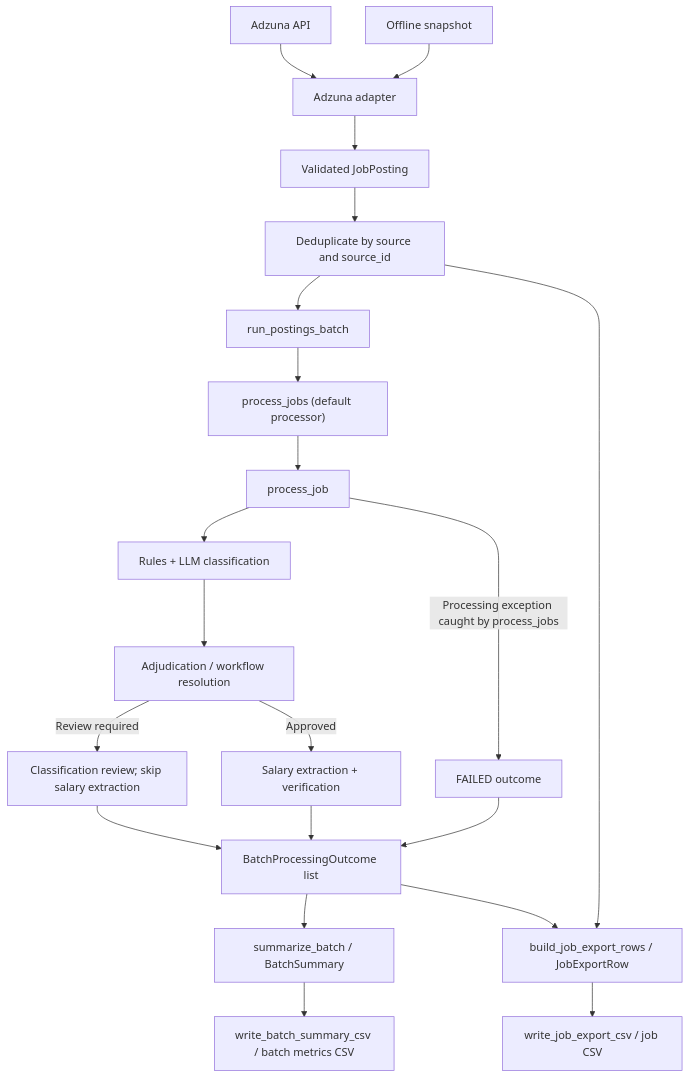
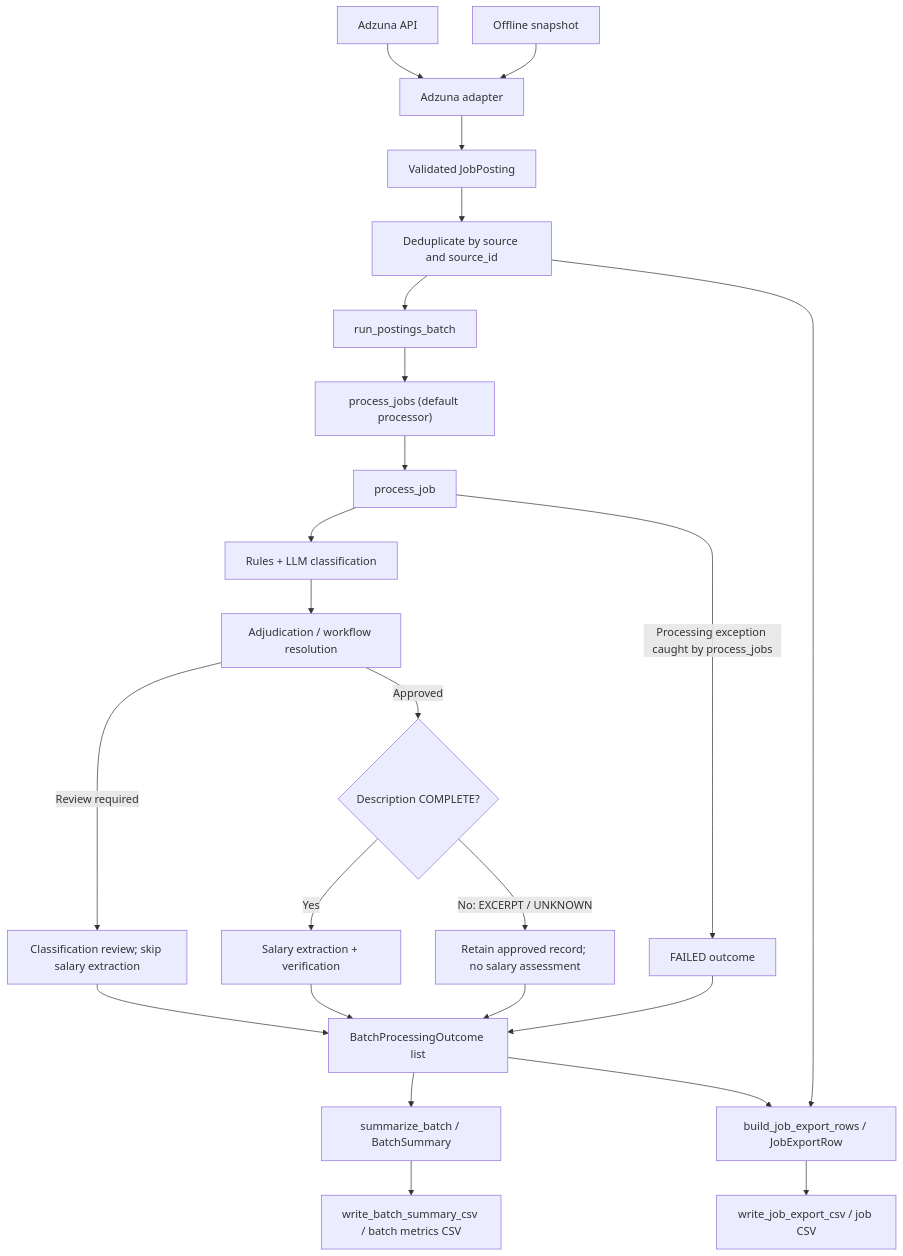
The diagram in README.md (ADWilk19/uk-job-market-agents), drawn with Mermaid before and after one commit. The commit also changed other lines of this file and 6 other files, not shown here.

Commit message:
feat: gate salary extraction by description completeness

````diff
--- a/README.md
+++ b/README.md
@@ -48,23 +49,26 @@
 ```mermaid
 flowchart TD
     API["Adzuna API"] --> Adapter["Adzuna adapter"]
     Snapshot["Offline snapshot"] --> Adapter
     Adapter --> Posting["Validated JobPosting"]
     Posting --> Dedup["Deduplicate by source and source_id"]
     Dedup --> Batch["run_postings_batch"]
     Batch --> Jobs["process_jobs (default processor)"]
     Jobs --> Job["process_job"]
     Job --> Classify["Rules + LLM classification"]
     Classify --> Adjudicate["Adjudication / workflow resolution"]
     Adjudicate -->|"Review required"| Review["Classification review; skip salary extraction"]
-    Adjudicate -->|"Approved"| Salary["Salary extraction + verification"]
+    Adjudicate -->|"Approved"| Policy{"Description COMPLETE?"}
+    Policy -->|"Yes"| Salary["Salary extraction + verification"]
+    Policy -->|"No: EXCERPT / UNKNOWN"| Skip["Retain approved record; no salary assessment"]
+    Skip --> Outcomes
     Review --> Outcomes["BatchProcessingOutcome list"]
     Salary --> Outcomes
     Job -->|"Processing exception caught by process_jobs"| Failed["FAILED outcome"]
     Failed --> Outcomes
     Outcomes --> Summary["summarize_batch / BatchSummary"]
     Summary --> CSV["write_batch_summary_csv / batch metrics CSV"]
     Dedup --> Export["build_job_export_rows / JobExportRow"]
     Outcomes --> Export
     Export --> JobCSV["write_job_export_csv / job CSV"]
 ```
````
